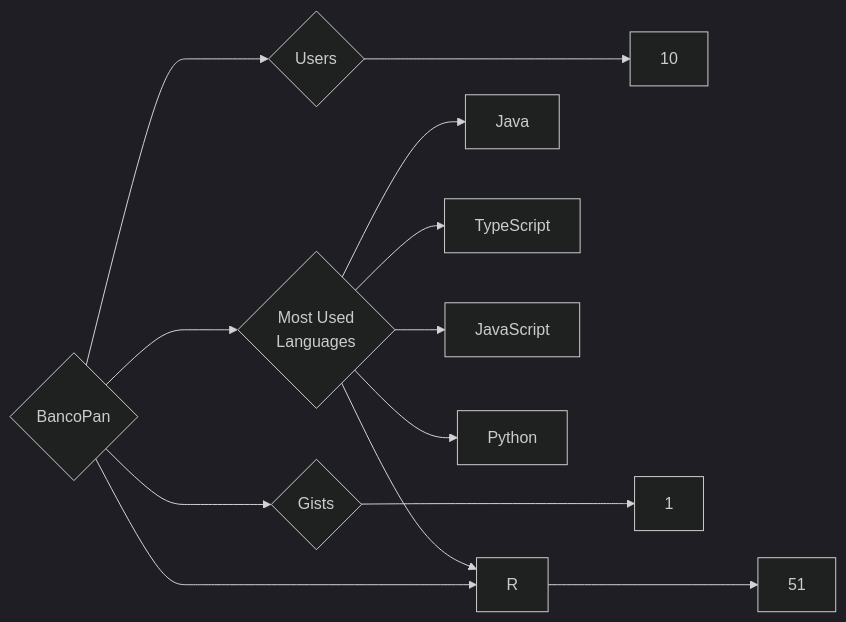
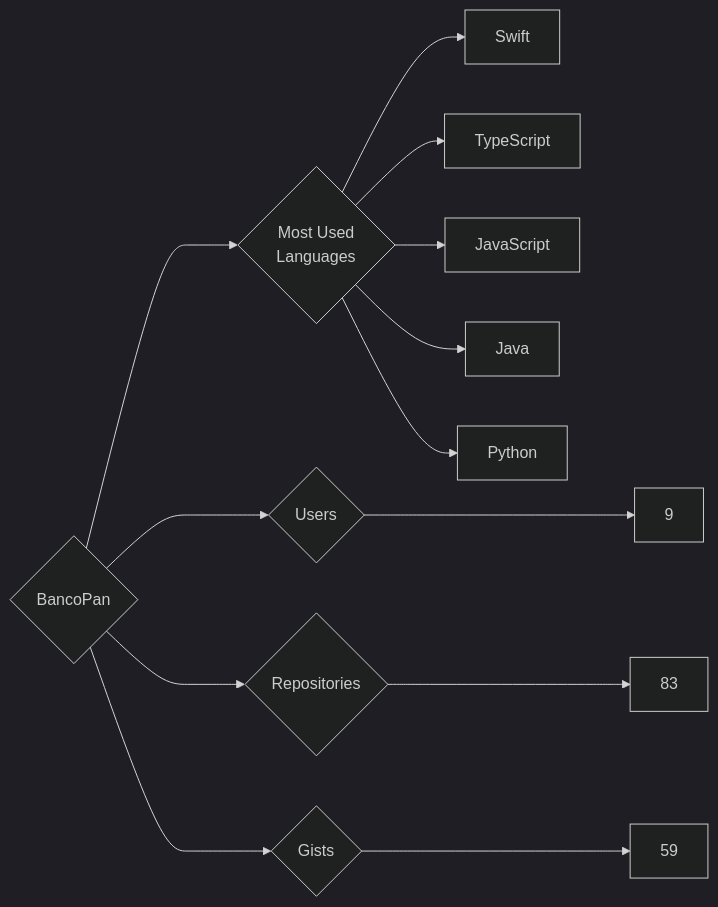
The diagram in targets/BancoPan/README.md (trickest/insiders), drawn with Mermaid (dark theme) before and after one commit. The commit also changed 1123 other files, not shown here.

````diff
--- a/targets/BancoPan/README.md
+++ b/targets/BancoPan/README.md
@@ -3,13 +3,13 @@
 ```mermaid
 graph LR
 COMPANY_NAME{BancoPan}
-COMPANY_NAME ---> U{Users} ---> UN[10]
-COMPANY_NAME ---> R{Repositories} ---> RN[51]
-COMPANY_NAME ---> G{Gists} ---> GN[1]
+COMPANY_NAME ---> U{Users} ---> UN[9]
+COMPANY_NAME ---> R{Repositories} ---> RN[83]
+COMPANY_NAME ---> G{Gists} ---> GN[59]
 COMPANY_NAME ---> ML{Most Used<br>Languages}
-ML --> Java[Java]
+ML --> Swift[Swift]
 ML --> TypeScript[TypeScript]
 ML --> JavaScript[JavaScript]
+ML --> Java[Java]
 ML --> Python[Python]
-ML --> R[R]
 ```
````
